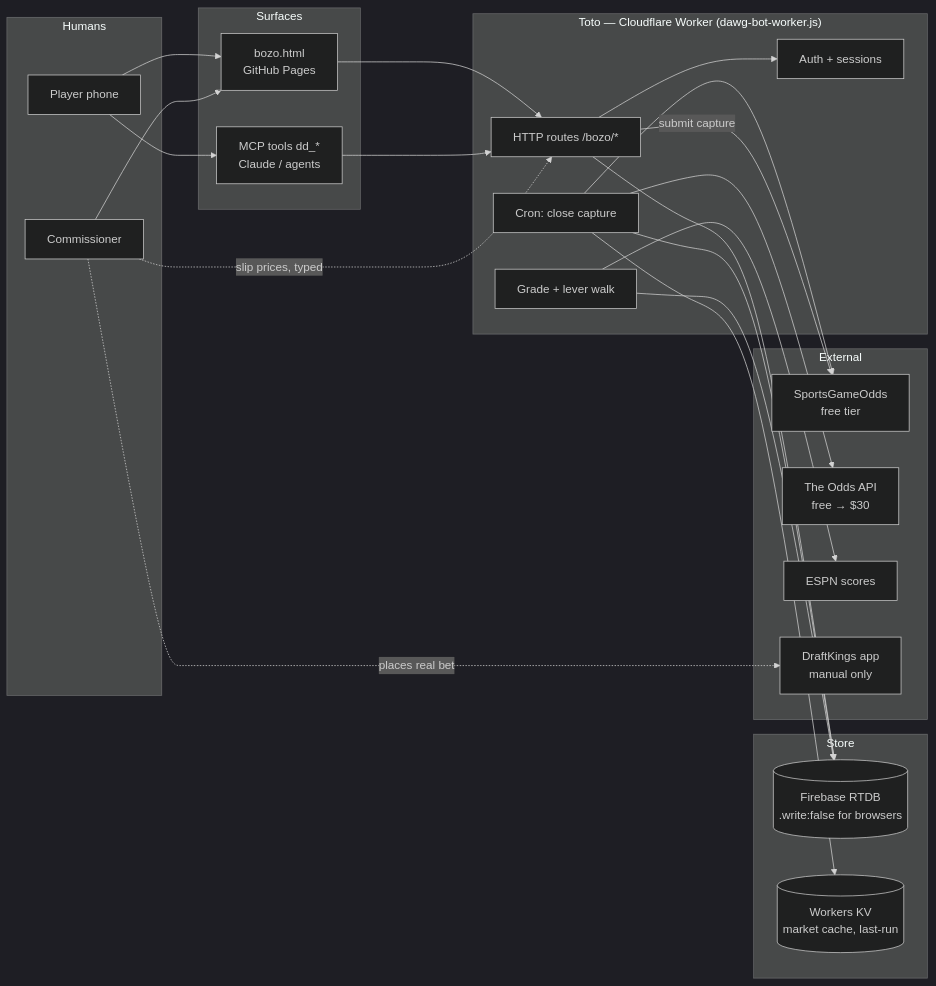
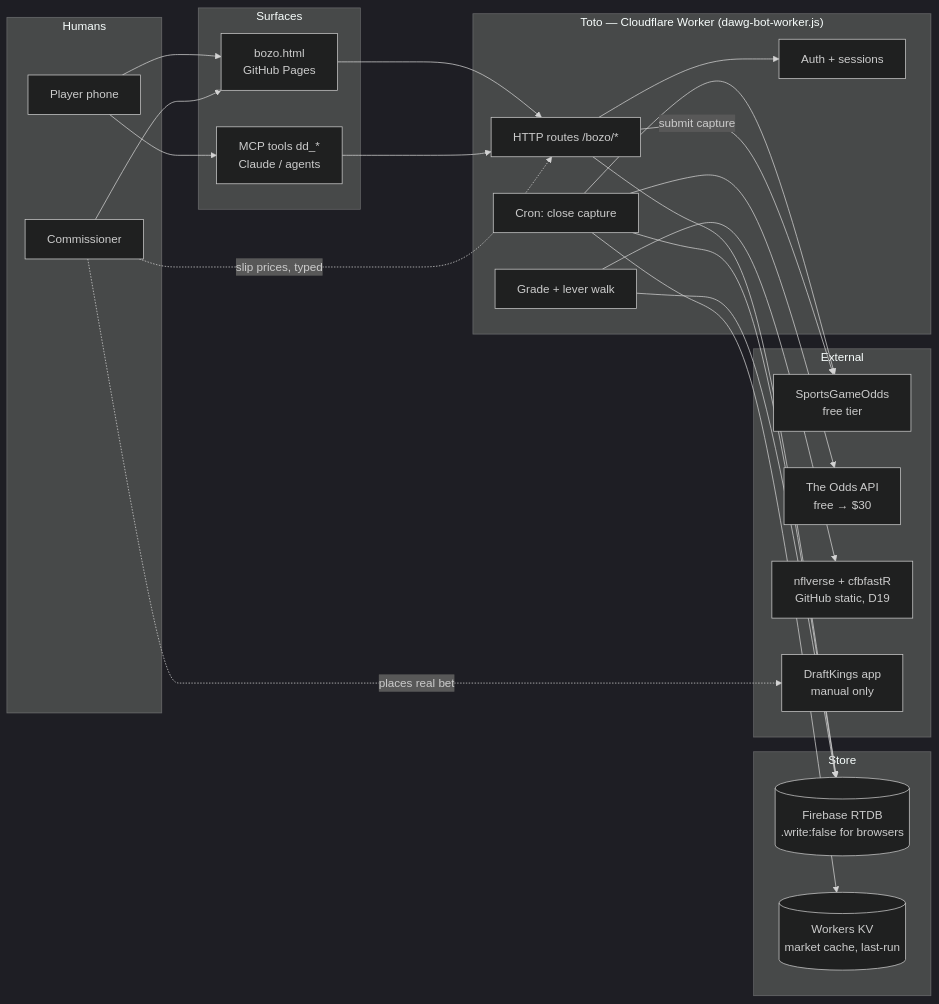
Before and after one commit to JKapcar/data-dawgs: the first of 11 diagrams in docs/bozo-workplan.md, drawn with Mermaid (dark theme). The commit also changed other lines of this file, not shown here.

````diff
--- a/docs/bozo-workplan.md
+++ b/docs/bozo-workplan.md
@@ -62,41 +74,41 @@
 ```mermaid
 flowchart LR
   subgraph Humans
     P[Player phone]
     K[Commissioner]
   end
   subgraph Surfaces
     H[bozo.html<br/>GitHub Pages]
     M[MCP tools dd_*<br/>Claude / agents]
   end
   subgraph Toto["Toto — Cloudflare Worker (dawg-bot-worker.js)"]
     R[HTTP routes /bozo/*]
     C[Cron: close capture]
     G[Grade + lever walk]
     A[Auth + sessions]
   end
   subgraph Store
     DB[(Firebase RTDB<br/>.write:false for browsers)]
     KV[(Workers KV<br/>market cache, last-run)]
   end
   subgraph External
     SGO[SportsGameOdds<br/>free tier]
     OA[The Odds API<br/>free → $30]
-    ESPN[ESPN scores]
+    SRC[nflverse + cfbfastR<br/>GitHub static, D19]
     DK[DraftKings app<br/>manual only]
   end
   P --> H --> R
   P --> M --> R
   K --> H
   K -.slip prices, typed.-> R
   R --> A
   R --> DB
   C --> OA
   C --> SGO
   R -->|submit capture| SGO
-  G --> ESPN
+  G --> SRC
   C --> DB
   G --> DB
   C --> KV
   K -.places real bet.-> DK
 ```
````
